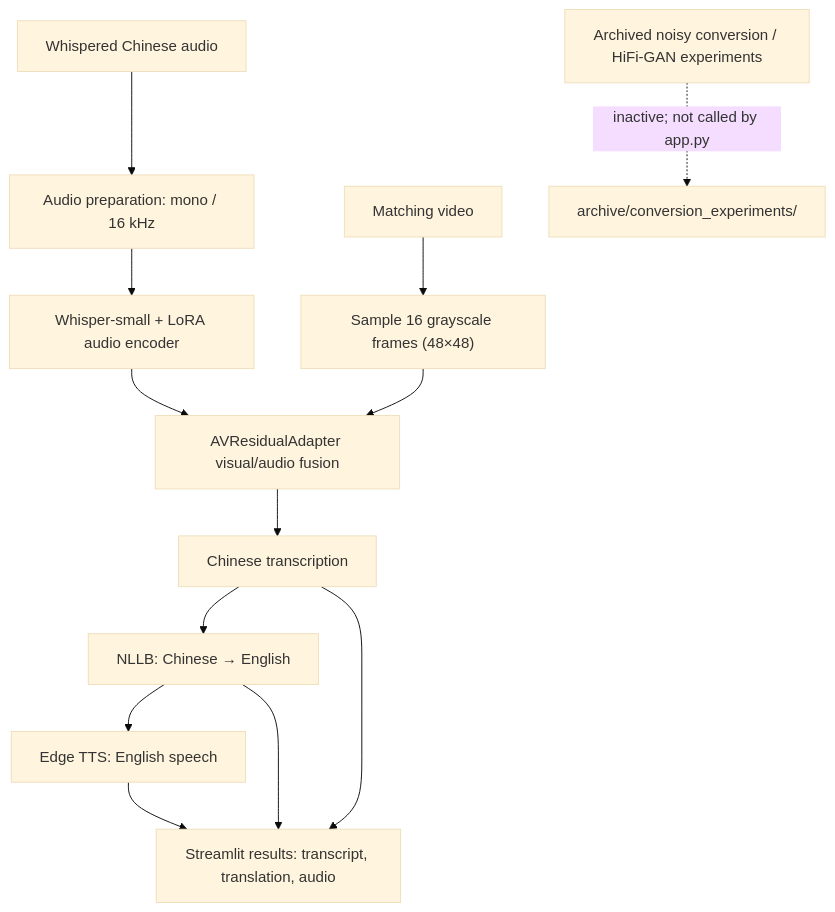
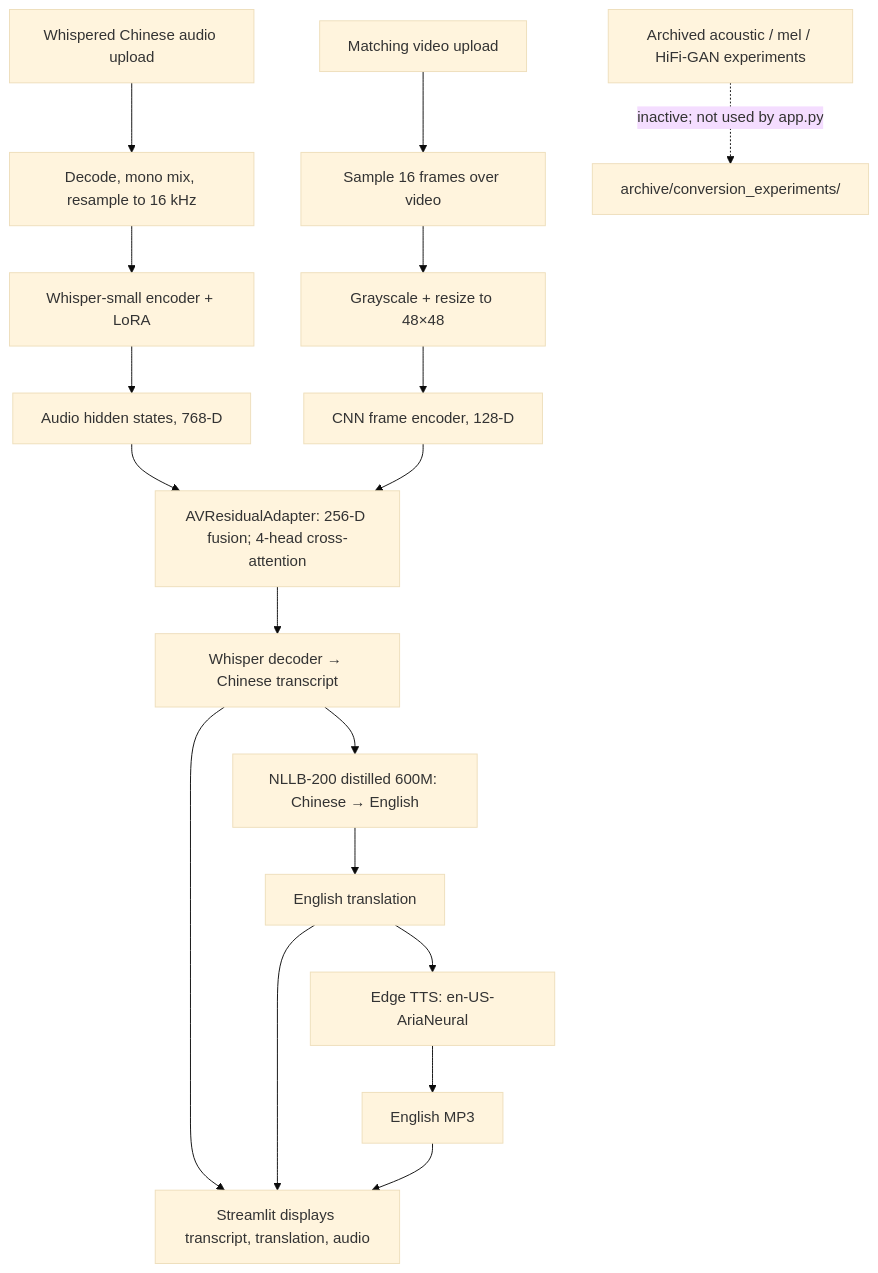
Before and after one commit to pradeep14012004/whisper-speech-conversion: the diagram in docs/architecture.mmd, drawn with Mermaid (base theme).

Commit message:
Update Mermaid pipeline architecture

```diff
--- a/docs/architecture.mmd
+++ b/docs/architecture.mmd
@@ -1,14 +1,18 @@
 flowchart TD
-    A["Whispered Chinese audio"] --> C["Audio preparation: mono / 16 kHz"]
-    B["Matching video"] --> D["Sample 16 grayscale frames (48×48)"]
-    C --> E["Whisper-small + LoRA audio encoder"]
-    D --> F["AVResidualAdapter visual/audio fusion"]
-    E --> F
-    F --> G["Chinese transcription"]
-    G --> H["NLLB: Chinese → English"]
-    H --> I["Edge TTS: English speech"]
-    I --> J["Streamlit results: transcript, translation, audio"]
-    G --> J
-    H --> J
-
-    X["Archived noisy conversion / HiFi-GAN experiments"] -. "inactive; not called by app.py" .-> Z["archive/conversion_experiments/"]
+    A["Whispered Chinese audio upload"] --> C["Decode, mono mix, resample to 16 kHz"]
+    B["Matching video upload"] --> D["Sample 16 frames over video"]
+    D --> E["Grayscale + resize to 48×48"]
+    C --> F["Whisper-small encoder + LoRA"]
+    F --> G["Audio hidden states, 768-D"]
+    E --> H["CNN frame encoder, 128-D"]
+    G --> I["AVResidualAdapter: 256-D fusion; 4-head cross-attention"]
+    H --> I
+    I --> J["Whisper decoder → Chinese transcript"]
+    J --> K["NLLB-200 distilled 600M: Chinese → English"]
+    K --> L["English translation"]
+    L --> M["Edge TTS: en-US-AriaNeural"]
+    M --> N["English MP3"]
+    J --> O["Streamlit displays transcript, translation, audio"]
+    L --> O
+    N --> O
+    X["Archived acoustic / mel / HiFi-GAN experiments"] -. "inactive; not used by app.py" .-> Y["archive/conversion_experiments/"]
```
